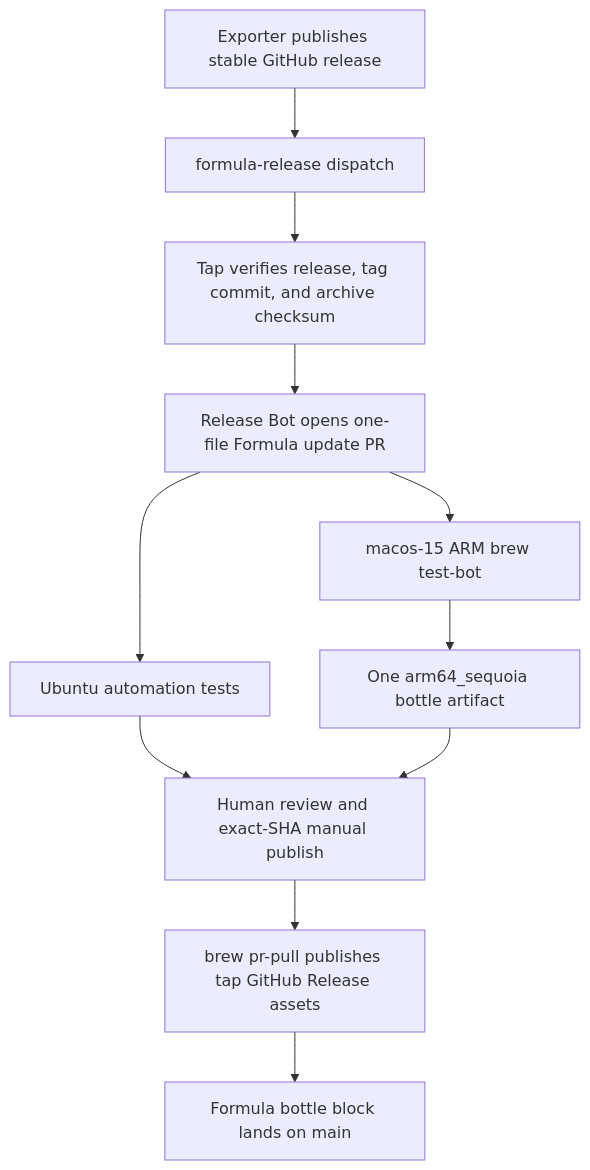
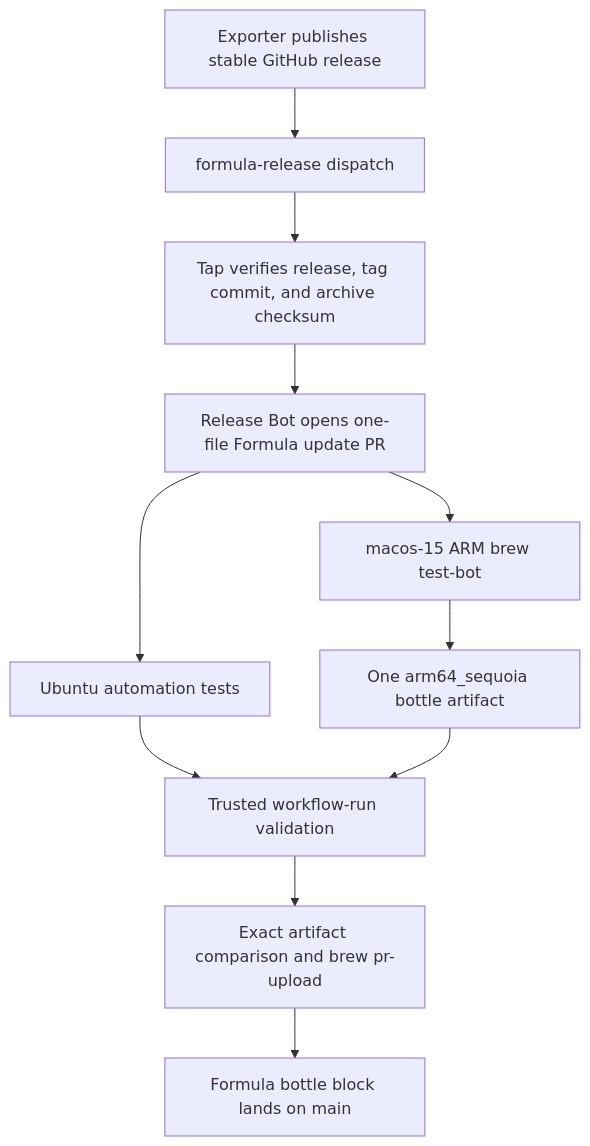
The diagram in HOMEBREW_FORMULAE_AND_BOTTLES_PLAN.md (jimeh/homebrew-tap), drawn with Mermaid before and after one commit. The commit also changed other lines of this file and 12 other files, not shown here.

````diff
--- a/HOMEBREW_FORMULAE_AND_BOTTLES_PLAN.md
+++ b/HOMEBREW_FORMULAE_AND_BOTTLES_PLAN.md
@@ -123,13 +124,13 @@
 ```mermaid
 flowchart TD
     A[Exporter publishes stable GitHub release] --> B[formula-release dispatch]
     B --> C[Tap verifies release, tag commit, and archive checksum]
     C --> D[Release Bot opens one-file Formula update PR]
     D --> E[Ubuntu automation tests]
     D --> F[macos-15 ARM brew test-bot]
     F --> G[One arm64_sequoia bottle artifact]
-    E --> H[Human review and exact-SHA manual publish]
+    E --> H[Trusted workflow-run validation]
     G --> H
-    H --> I[brew pr-pull publishes tap GitHub Release assets]
+    H --> I[Exact artifact comparison and brew pr-upload]
     I --> J[Formula bottle block lands on main]
 ```
````
